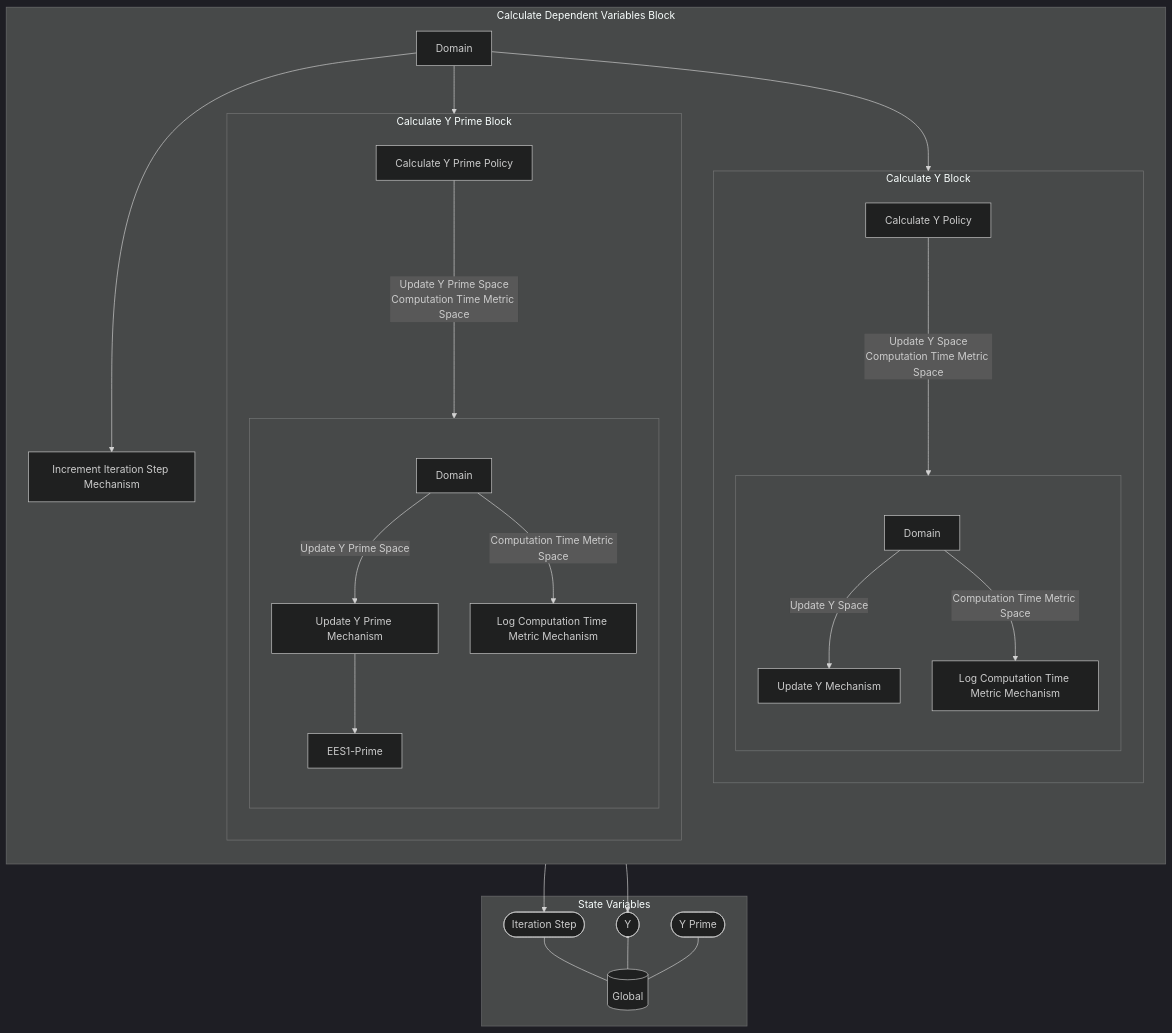
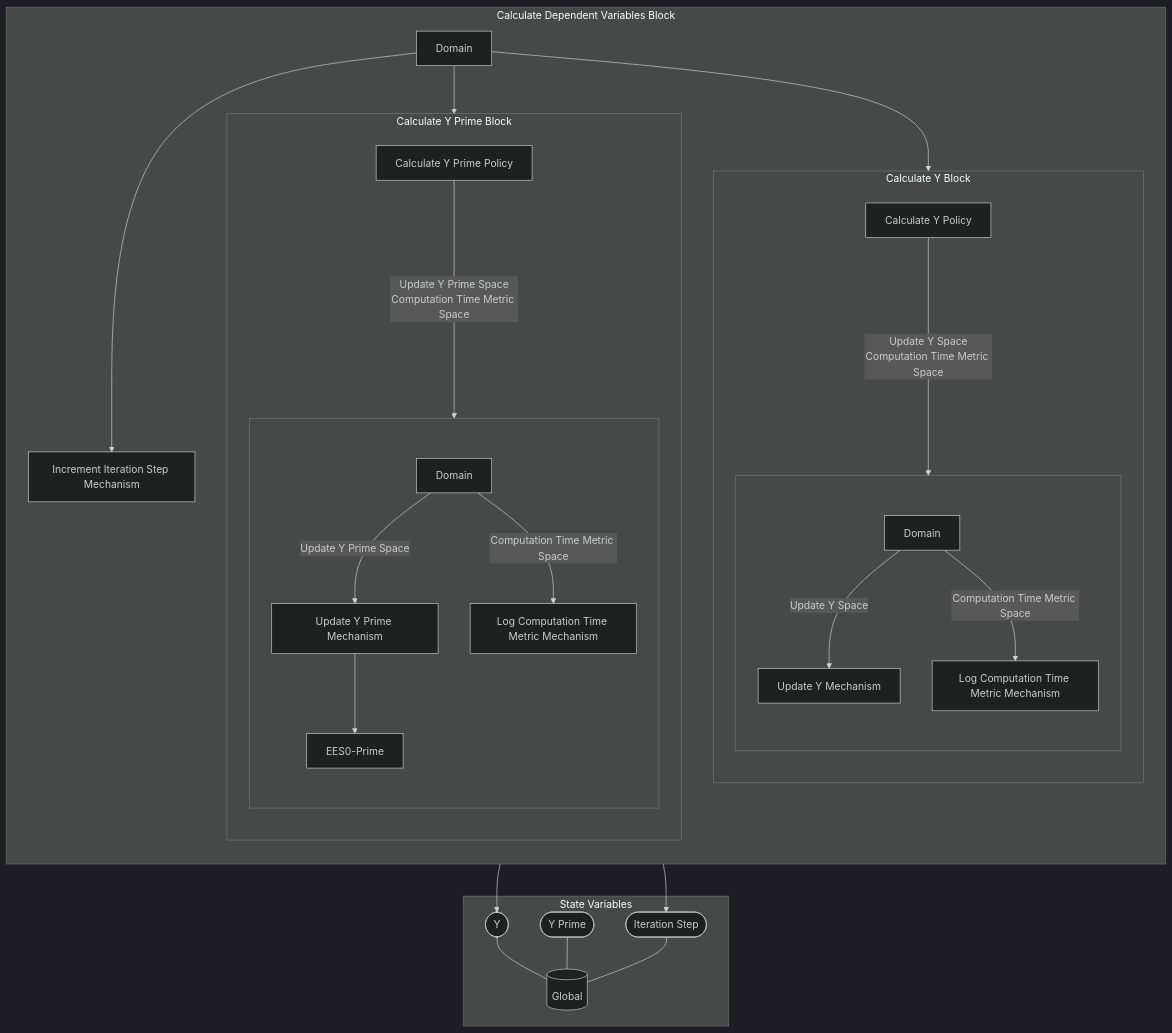
One commit to SeanMcOwen/Root-Finding-Simulation changed the diagram in MSML/reports/Markdown/Wiring/Calculate Dependent Variables Block.md. Above: the diagram before and after it, drawn with Mermaid (dark theme). The commit also changed other lines of this file and 15 other files, not shown here.

````diff
--- a/MSML/reports/Markdown/Wiring/Calculate Dependent Variables Block.md
+++ b/MSML/reports/Markdown/Wiring/Calculate Dependent Variables Block.md
@@ -3,62 +3,62 @@
 ```mermaid
 graph TB
 
 subgraph SVS["State Variables"]
 EE0[("Global")]
-EES0(["Iteration Step"])
+EES0(["Y"])
 EES0 --- EE0
-EES1(["Y"])
+EES1(["Y Prime"])
 EES1 --- EE0
-EES2(["Y Prime"])
+EES2(["Iteration Step"])
 EES2 --- EE0
 end
 
 subgraph X18["Calculate Dependent Variables Block"]
 direction TB
 subgraph X7["Calculate Y Block"]
 direction TB
 X1["Calculate Y Policy"]
 subgraph X6[" "]
 direction TB
 X2["Update Y Mechanism"]
-X2 --> EES1
+X2 --> EES0
 X3["Log Computation Time Metric Mechanism"]
 X4[Domain]
 
 direction LR
 direction TB
 X4 --"Update Y Space"--> X2
 X4 --"Computation Time Metric Space"--> X3
 end
 X1--"Update Y Space
 Computation Time Metric Space"---->X6
 end
 subgraph X14["Calculate Y Prime Block"]
 direction TB
 X8["Calculate Y Prime Policy"]
 subgraph X13[" "]
 direction TB
 X9["Update Y Prime Mechanism"]
-X9 --> EES1-Prime
+X9 --> EES0-Prime
 X10["Log Computation Time Metric Mechanism"]
 X11[Domain]
 
 direction LR
 direction TB
 X11 --"Update Y Prime Space"--> X9
 X11 --"Computation Time Metric Space"--> X10
 end
 X8--"Update Y Prime Space
 Computation Time Metric Space"---->X13
 end
 X15["Increment Iteration Step Mechanism"]
-X15 --> EES0
+X15 --> EES2
 X16[Domain]
 
 direction LR
 direction TB
 X16 --> X7
 X16 --> X14
 X16 --> X15
 end
 ```
````
